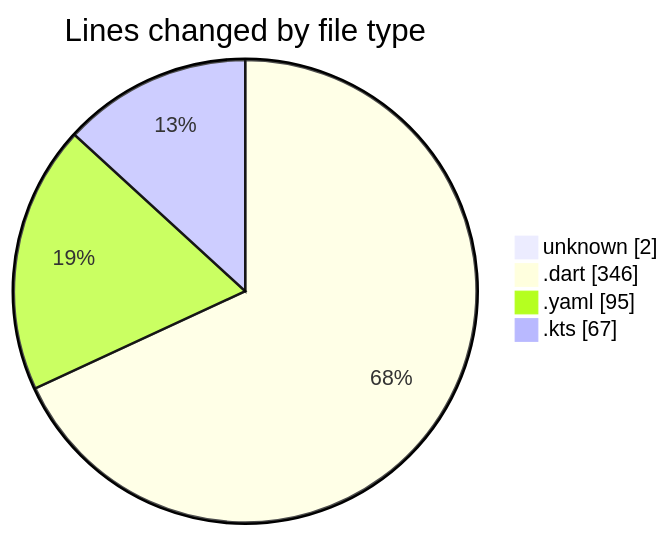
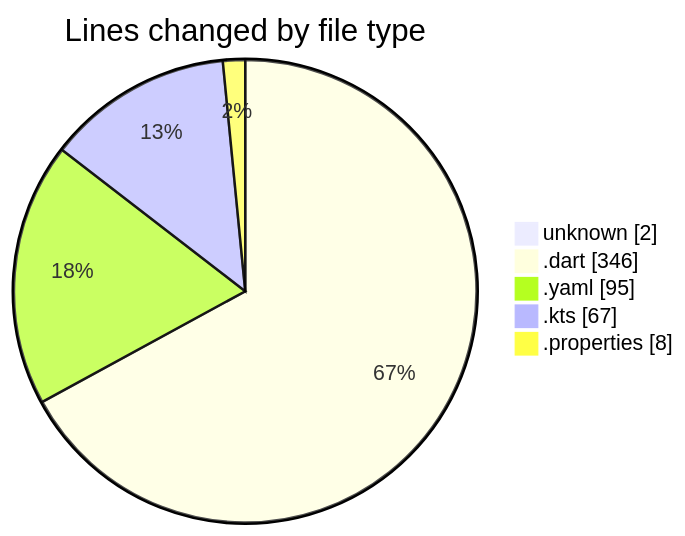
The first of 2 diagrams in 2025-10-19/weather_insights_app/README.md (donsfak/code-tracking), drawn with Mermaid before and after one commit. The commit also changed other lines of this file and 1 other file, not shown here.

````diff
--- a/2025-10-19/weather_insights_app/README.md
+++ b/2025-10-19/weather_insights_app/README.md
@@ -27,8 +28,9 @@
 ```mermaid
 pie showData
 title Lines changed by file type
 "unknown" : 2
 ".dart" : 346
 ".yaml" : 95
 ".kts" : 67
+".properties" : 8
 ```
````
